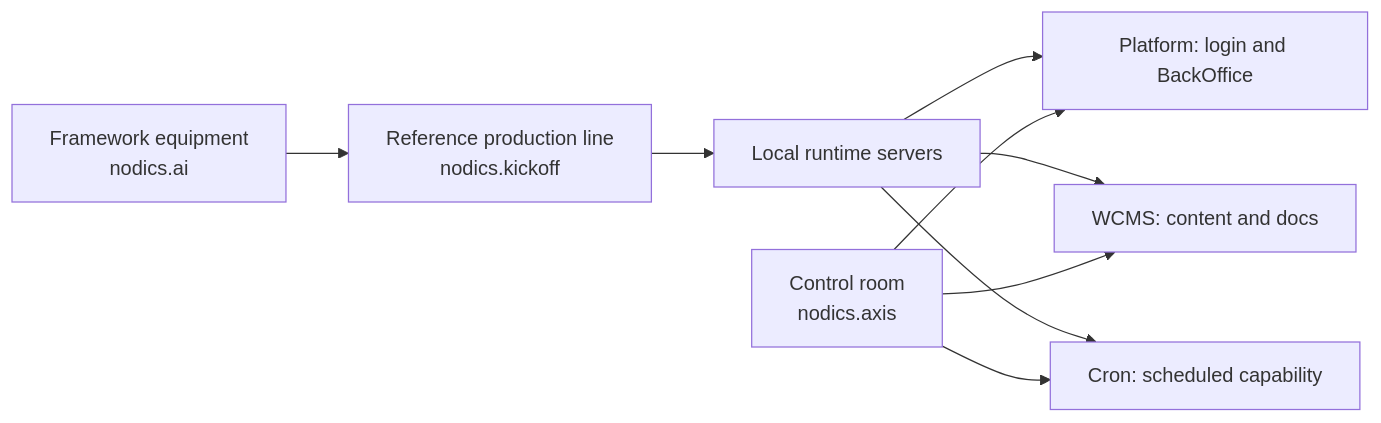
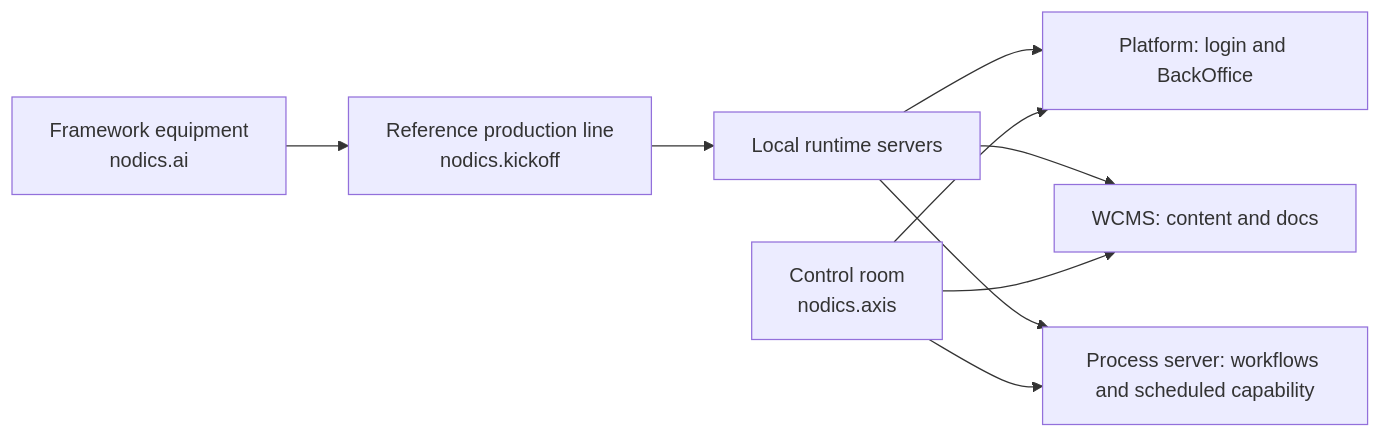
The first of 2 diagrams in data/core/source/documentation/pages/project-overview.md (Nodics/nodics.kickoff), drawn with Mermaid before and after one commit. The commit also changed other lines of this file and 9 other files, not shown here.

Commit message:
Use process server for automation runtime

````diff
--- a/data/core/source/documentation/pages/project-overview.md
+++ b/data/core/source/documentation/pages/project-overview.md
@@ -68,11 +68,11 @@
 ```mermaid
 flowchart LR
   Framework["Framework equipment<br/>nodics.ai"] --> Project["Reference production line<br/>nodics.kickoff"]
   Project --> Servers["Local runtime servers"]
   Servers --> Platform["Platform: login and BackOffice"]
   Servers --> WCMS["WCMS: content and docs"]
-  Servers --> Cron["Cron: scheduled capability"]
+  Servers --> Automation["Process server: workflows and scheduled capability"]
   Axis["Control room<br/>nodics.axis"] --> Platform
   Axis --> WCMS
-  Axis --> Cron
+  Axis --> Automation
 ```
````
